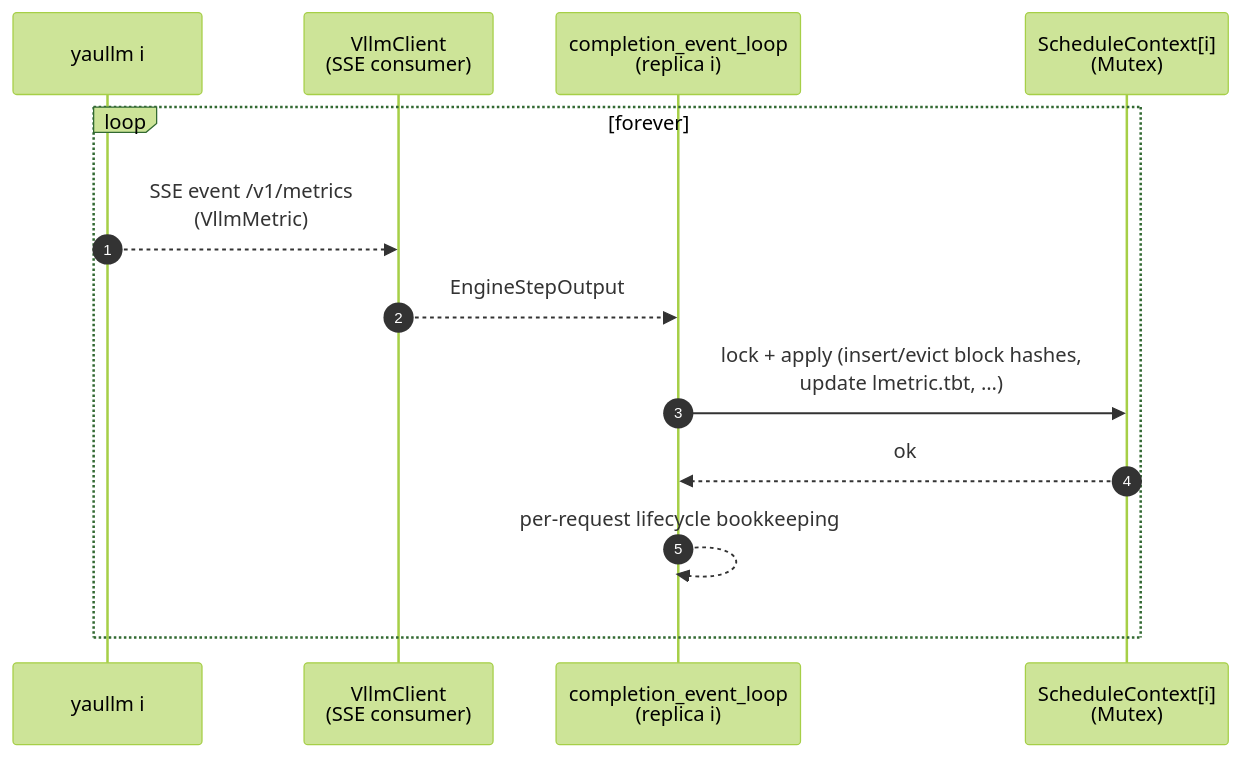
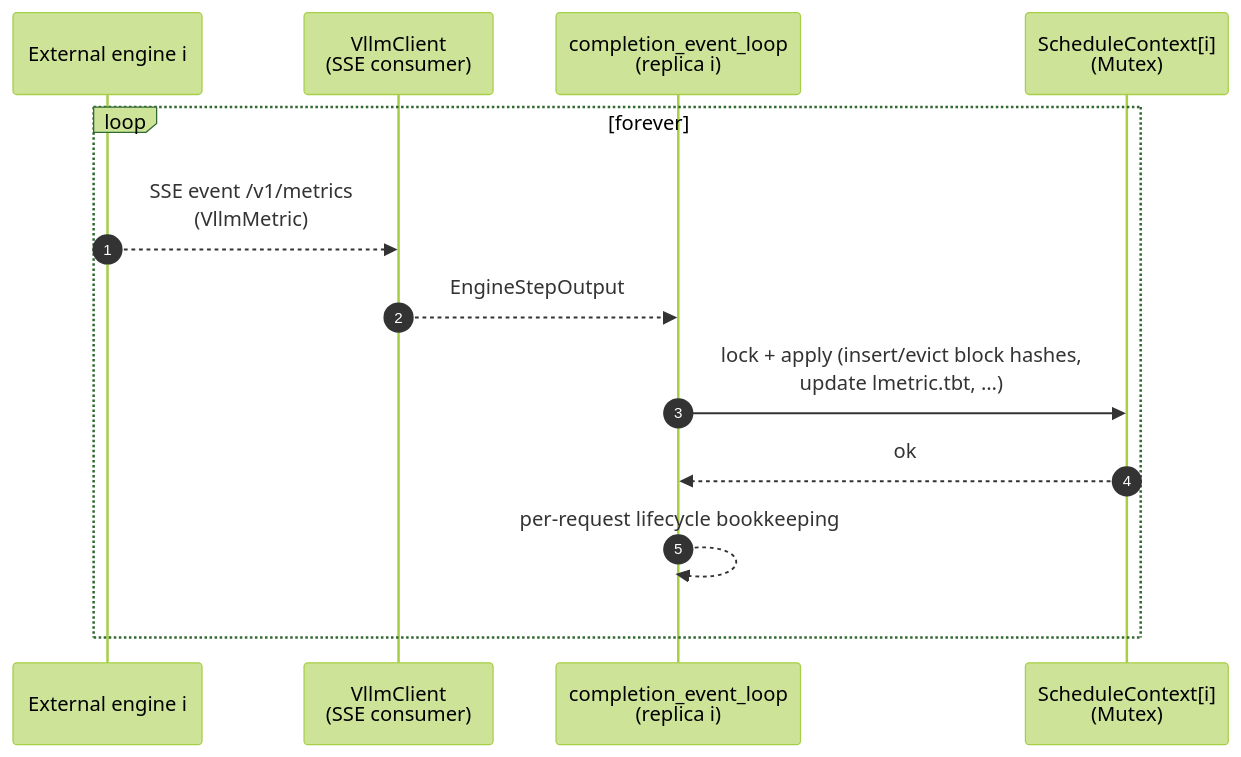
Before and after one commit to blitz-serving/blitz-router: the fifth of 7 diagrams in docs/architecture.md, drawn with Mermaid (forest theme). The commit also changed other lines of this file, not shown here.

````diff
--- a/docs/architecture.md
+++ b/docs/architecture.md
@@ -187,16 +181,16 @@
 ```mermaid
 sequenceDiagram
     autonumber
-    participant En as yaullm i
+    participant En as External engine i
     participant Vc as VllmClient<br/>(SSE consumer)
     participant Cl as completion_event_loop<br/>(replica i)
     participant Sx as ScheduleContext[i]<br/>(Mutex)
 
     loop forever
         En-->>Vc: SSE event /v1/metrics<br/>(VllmMetric)
         Vc-->>Cl: EngineStepOutput
         Cl->>Sx: lock + apply (insert/evict block hashes,<br/>update lmetric.tbt, …)
         Sx-->>Cl: ok
         Cl-->>Cl: per-request lifecycle bookkeeping
     end
 ```
````
